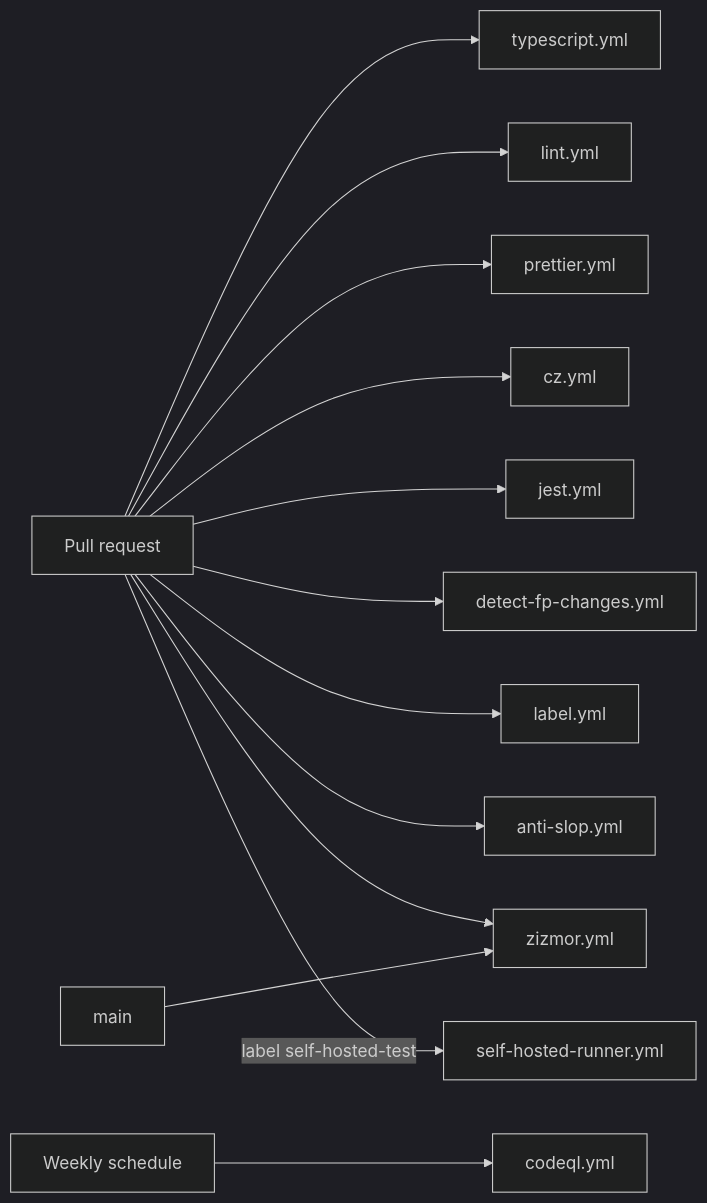
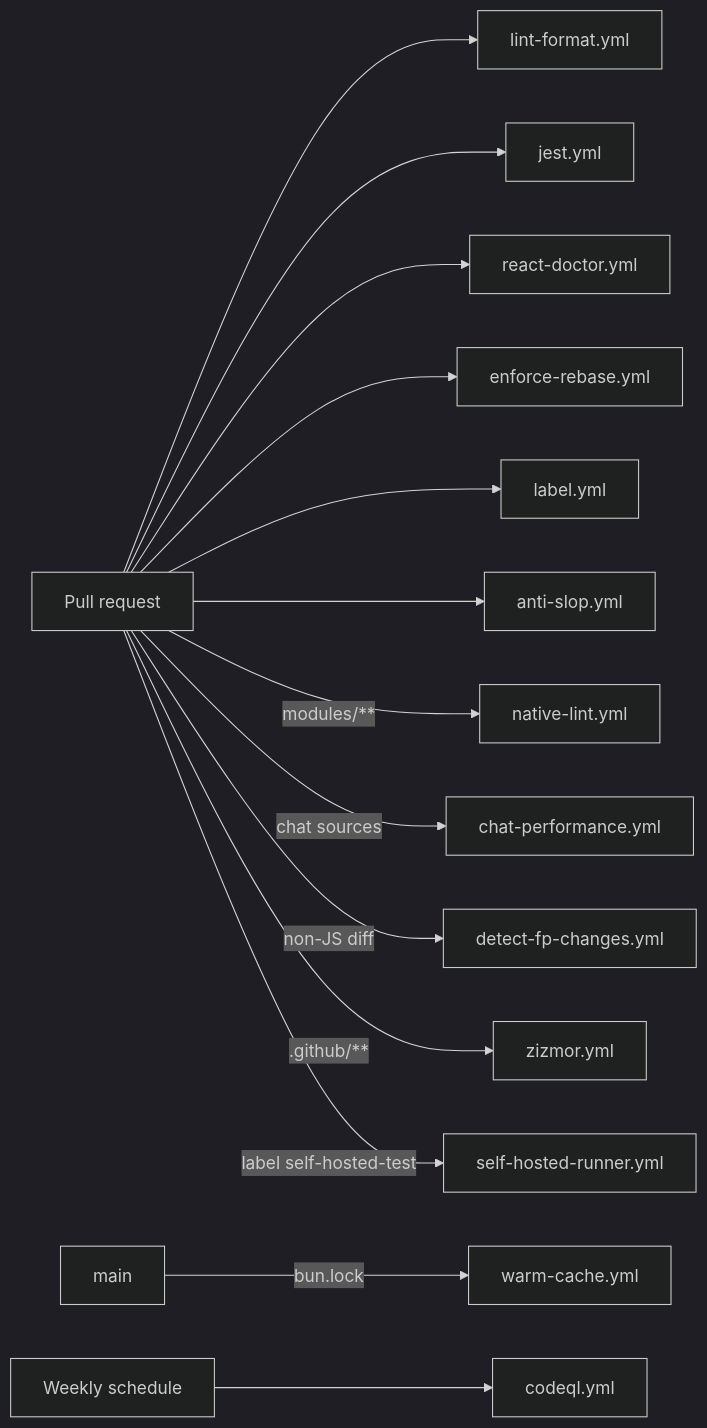
Before and after one commit to luke-h1/foam: the first of 4 diagrams in README.md, drawn with Mermaid (dark theme). The commit also changed other lines of this file and 18 other files, not shown here.

````diff
--- a/README.md
+++ b/README.md
@@ -452,15 +454,16 @@
 ```mermaid
 flowchart LR
-  PR[Pull request] --> TS[typescript.yml]
-  PR --> Lint[lint.yml]
-  PR --> Prettier[prettier.yml]
-  PR --> CZ[cz.yml]
+  PR[Pull request] --> Checks[lint-format.yml]
   PR --> Jest[jest.yml]
-  PR --> FP[detect-fp-changes.yml]
+  PR --> Doctor[react-doctor.yml]
+  PR --> Rebase[enforce-rebase.yml]
   PR --> Label[label.yml]
   PR --> Slop[anti-slop.yml]
-  PR --> Zizmor[zizmor.yml]
+  PR -->|modules/**| Native[native-lint.yml]
+  PR -->|chat sources| Perf[chat-performance.yml]
+  PR -->|non-JS diff| FP[detect-fp-changes.yml]
+  PR -->|.github/**| Zizmor[zizmor.yml]
   PR -->|label self-hosted-test| SH[self-hosted-runner.yml]
-  Main[main] --> Zizmor
+  Main[main] -->|bun.lock| Warm[warm-cache.yml]
   Schedule[Weekly schedule] --> CodeQL[codeql.yml]
 ```
````
